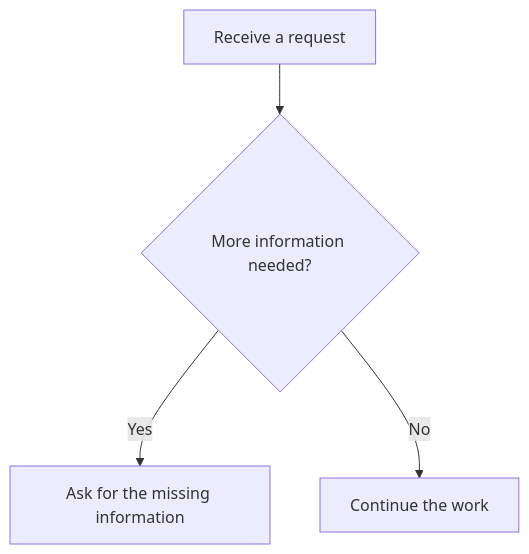
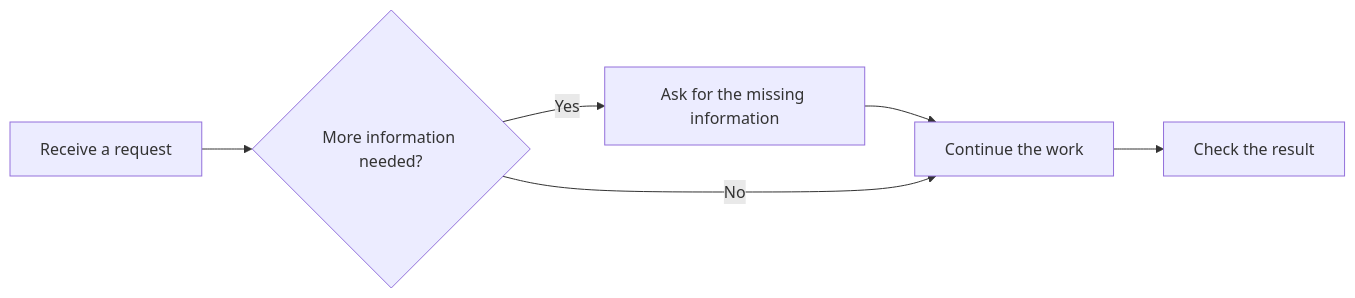
The diagram in docs/inline-flow-display.md (Ninglo/remotelab), drawn with Mermaid before and after one commit. The commit also changed other lines of this file and 4 other files, not shown here.

Commit message:
docs: retain accepted inline flow reading strategy

````diff
--- a/docs/inline-flow-display.md
+++ b/docs/inline-flow-display.md
@@ -7,6 +21,8 @@
 ```mermaid
-flowchart TD
+flowchart LR
   A[Receive a request] --> B{More information needed?}
   B -->|Yes| C[Ask for the missing information]
+  C --> D[Continue the work]
   B -->|No| D[Continue the work]
+  D --> E[Check the result]
 ```
````
